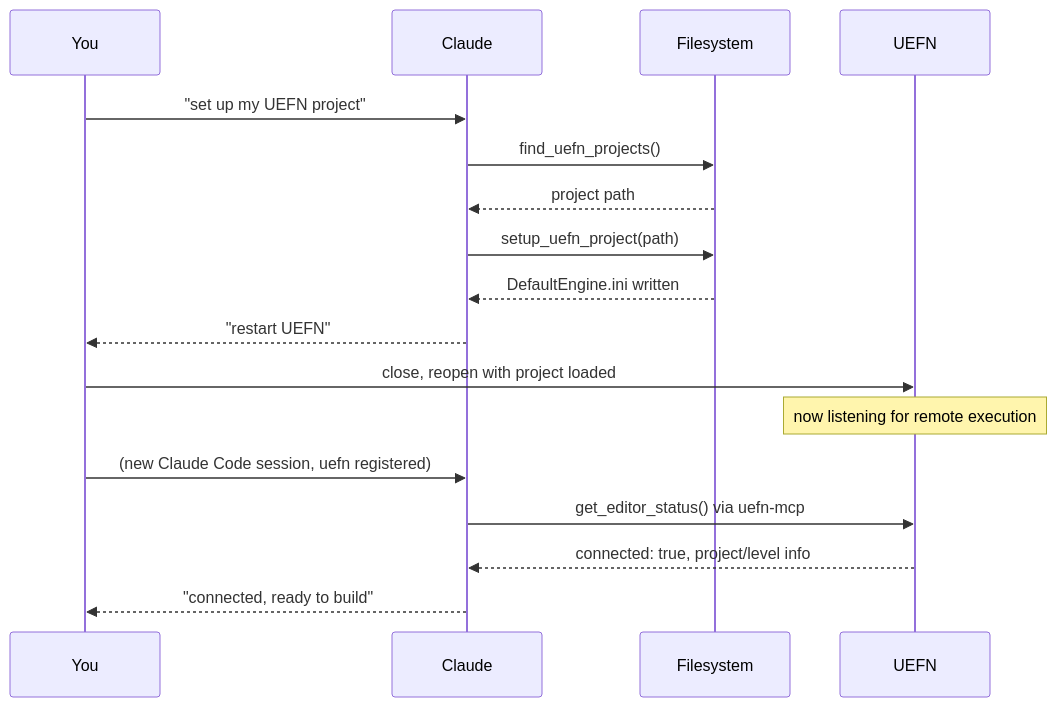
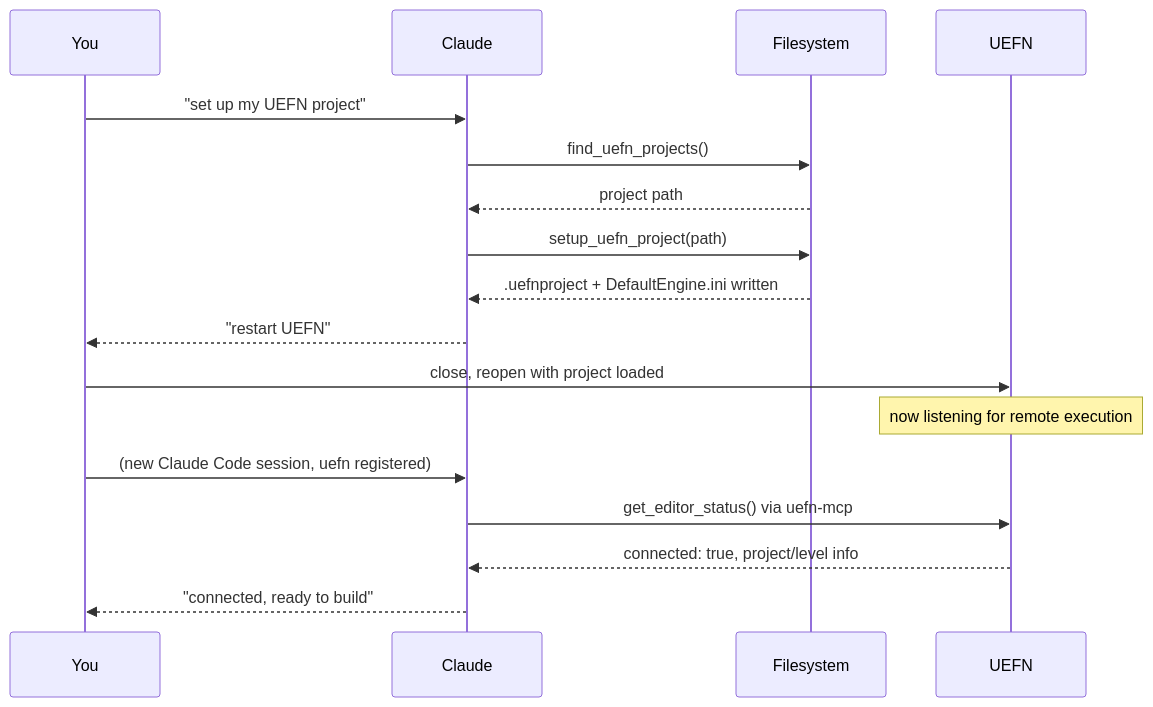
The second of 2 diagrams in docs/setup.md (dylannalex/uefn-ai-toolkit), drawn with Mermaid before and after one commit. The commit also changed other lines of this file and 17 other files, not shown here.

````diff
--- a/docs/setup.md
+++ b/docs/setup.md
@@ -80,21 +69,21 @@
 ```mermaid
 sequenceDiagram
     participant You
     participant Claude
     participant FS as Filesystem
     participant UEFN
 
     You->>Claude: "set up my UEFN project"
     Claude->>FS: find_uefn_projects()
     FS-->>Claude: project path
     Claude->>FS: setup_uefn_project(path)
-    FS-->>Claude: DefaultEngine.ini written
+    FS-->>Claude: .uefnproject + DefaultEngine.ini written
     Claude-->>You: "restart UEFN"
     You->>UEFN: close, reopen with project loaded
     Note over UEFN: now listening for remote execution
 
     You->>Claude: (new Claude Code session, uefn registered)
     Claude->>UEFN: get_editor_status() via uefn-mcp
     UEFN-->>Claude: connected: true, project/level info
     Claude-->>You: "connected, ready to build"
 ```
````
